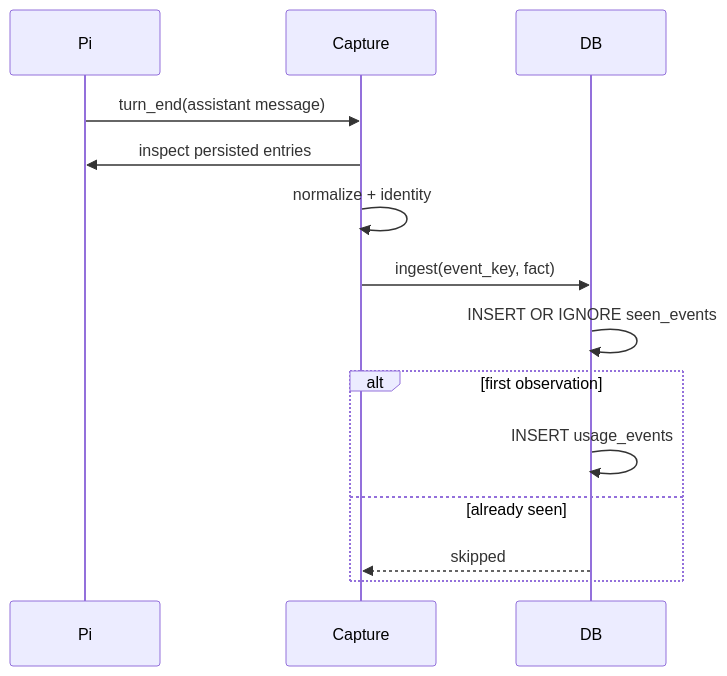
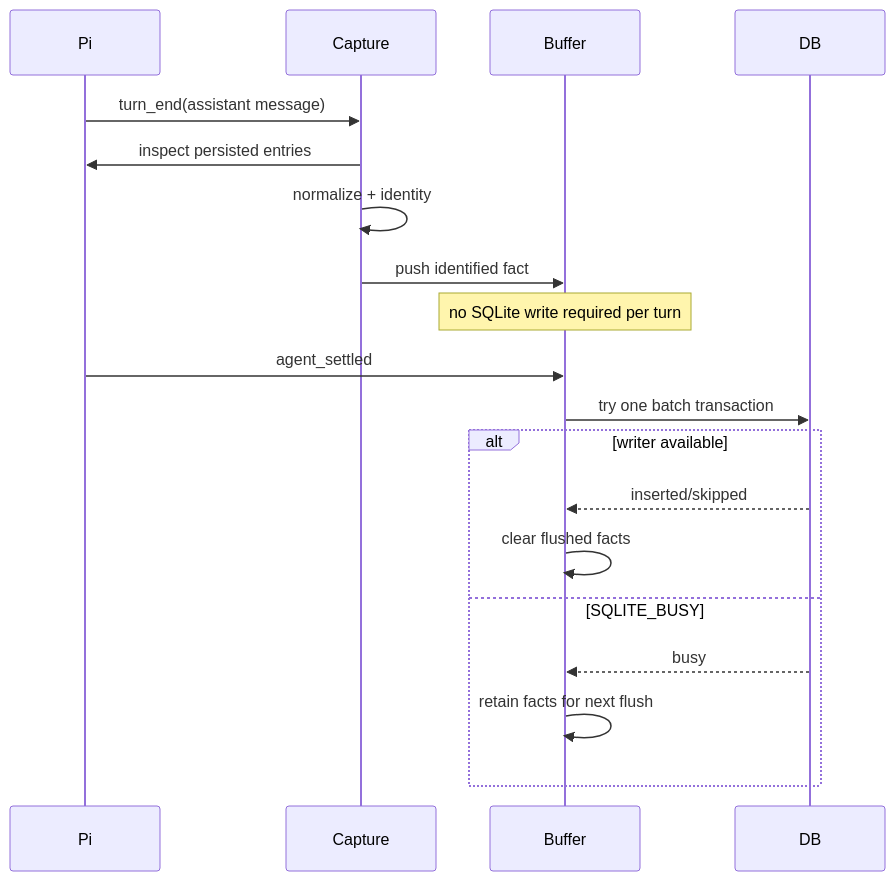
One commit to frostime/pi-usage-analytics changed the diagram in .dev/docs/data-lifecycle.md. Above: the diagram before and after it, drawn with Mermaid. The commit also changed other lines of this file and 17 other files, not shown here.

````diff
--- a/.dev/docs/data-lifecycle.md
+++ b/.dev/docs/data-lifecycle.md
@@ -20,16 +25,21 @@
 ```mermaid
 sequenceDiagram
     participant Pi
     participant Capture
+    participant Buffer
     participant DB
     Pi->>Capture: turn_end(assistant message)
     Capture->>Pi: inspect persisted entries
     Capture->>Capture: normalize + identity
-    Capture->>DB: ingest(event_key, fact)
-    DB->>DB: INSERT OR IGNORE seen_events
-    alt first observation
-        DB->>DB: INSERT usage_events
-    else already seen
-        DB-->>Capture: skipped
+    Capture->>Buffer: push identified fact
+    Note over Buffer: no SQLite write required per turn
+    Pi->>Buffer: agent_settled
+    Buffer->>DB: try one batch transaction
+    alt writer available
+        DB-->>Buffer: inserted/skipped
+        Buffer->>Buffer: clear flushed facts
+    else SQLITE_BUSY
+        DB-->>Buffer: busy
+        Buffer->>Buffer: retain facts for next flush
     end
 ```
````
